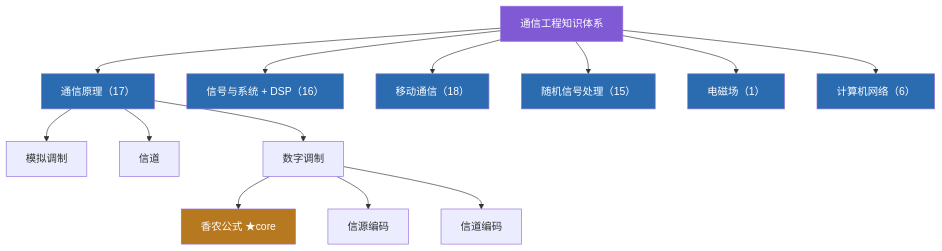
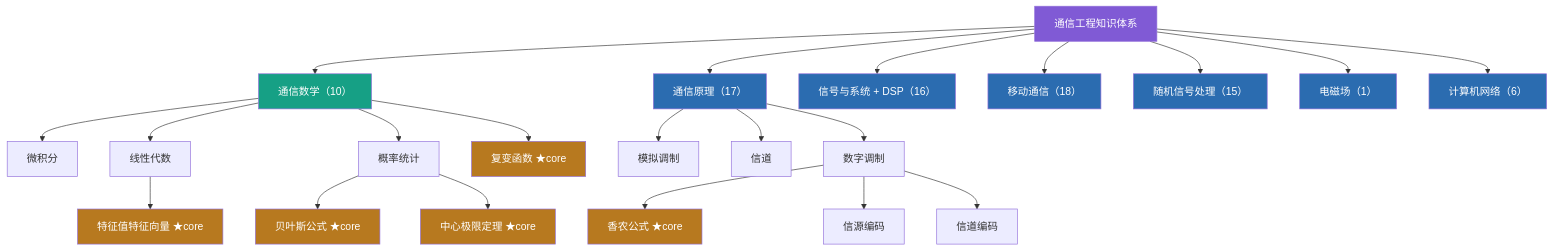
The fourth of 9 diagrams in README.md (Baixiaodou/comm-knowledge-graph), drawn with Mermaid before and after one commit. The commit also changed other lines of this file and 18 other files, not shown here.

````diff
--- a/README.md
+++ b/README.md
@@ -269,25 +270,39 @@
 ```mermaid
 flowchart TB
-    ROOT[通信工程知识体系] --> COMM[通信原理（17）]
+    ROOT[通信工程知识体系] --> MATH[通信数学（10）]
+    ROOT --> COMM[通信原理（17）]
     ROOT --> DSP[信号与系统 + DSP（16）]
     ROOT --> MOB[移动通信（18）]
     ROOT --> RSP[随机信号处理（15）]
     ROOT --> EMF[电磁场（1）]
     ROOT --> NET[计算机网络（6）]
+
+    MATH --> M1[微积分]
+    MATH --> M2[线性代数]
+    M2 --> M21[特征值特征向量 ★core]
+    MATH --> M3[概率统计]
+    M3 --> M31[贝叶斯公式 ★core]
+    M3 --> M32[中心极限定理 ★core]
+    MATH --> M4[复变函数 ★core]
 
     COMM --> C1[模拟调制]
     COMM --> C2[信道]
     COMM --> C3[数字调制]
     C3 --> C31[香农公式 ★core]
     C3 --> C32[信源编码]
     C3 --> C33[信道编码]
 
     style ROOT fill:#805ad5,color:#fff
+    style MATH fill:#16a085,color:#fff
     style COMM fill:#2b6cb0,color:#fff
     style DSP fill:#2b6cb0,color:#fff
     style MOB fill:#2b6cb0,color:#fff
     style RSP fill:#2b6cb0,color:#fff
     style EMF fill:#2b6cb0,color:#fff
     style NET fill:#2b6cb0,color:#fff
+    style M21 fill:#b7791f,color:#fff
+    style M31 fill:#b7791f,color:#fff
+    style M32 fill:#b7791f,color:#fff
+    style M4 fill:#b7791f,color:#fff
     style C31 fill:#b7791f,color:#fff
 ```
````
